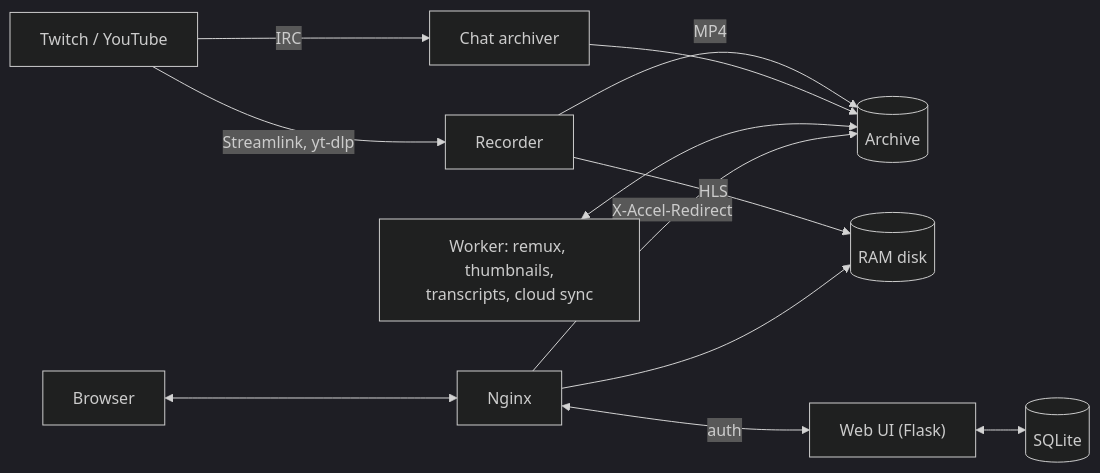
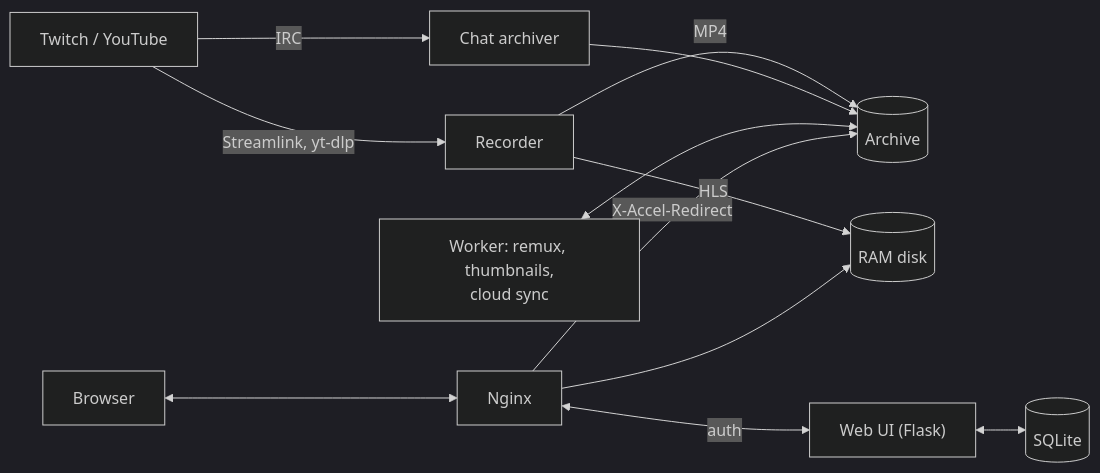
One commit to Blackwellcode/streamvault changed the diagram in README.md. Above: the diagram before and after it, drawn with Mermaid (dark theme). The commit also changed other lines of this file and 4 other files, not shown here.

````diff
--- a/README.md
+++ b/README.md
@@ -63,14 +62,14 @@
 ```mermaid
 flowchart LR
     P["Twitch / YouTube"] -->|Streamlink, yt-dlp| R["Recorder"]
     P -->|IRC| C["Chat archiver"]
     R -->|MP4| D[("Archive")]
     R -->|HLS| M[("RAM disk")]
     C --> D
-    W["Worker: remux, thumbnails,<br/>transcripts, cloud sync"] <--> D
+    W["Worker: remux, thumbnails,<br/>cloud sync"] <--> D
     U["Web UI (Flask)"] <--> S[("SQLite")]
     N["Nginx"] <-->|auth| U
     N -->|X-Accel-Redirect| D
     N --> M
     B["Browser"] <--> N
 ```
````
